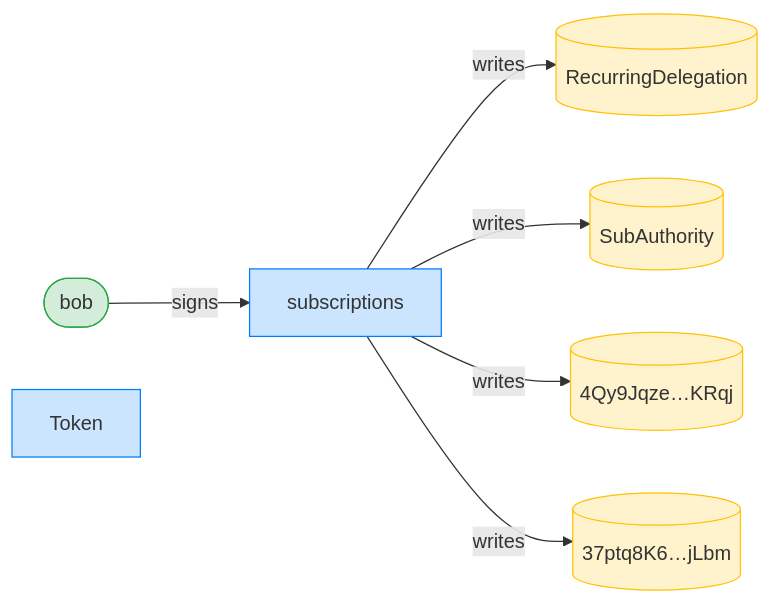
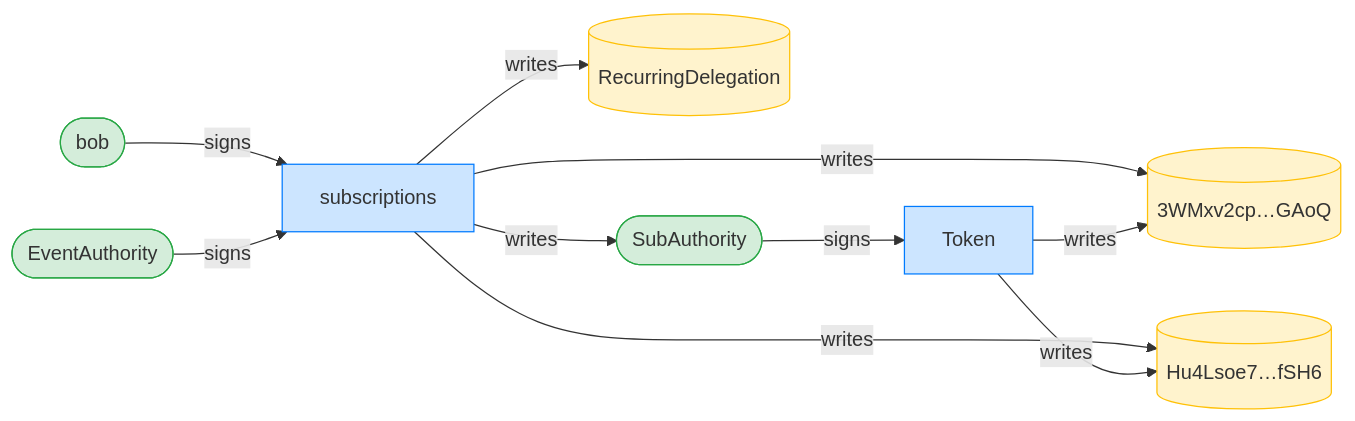
Diagram 11 of 12 in dsl_tests/recurring-transfer-to-a-third-party.md (cds-rs/subscriptions), drawn with Mermaid before and after one commit. The commit also changed other lines of this file and 224 other files, not shown here.

````diff
--- a/dsl_tests/recurring-transfer-to-a-third-party.md
+++ b/dsl_tests/recurring-transfer-to-a-third-party.md
@@ -214,18 +223,23 @@
 ```mermaid
 flowchart LR
     classDef signer fill:#d4edda,stroke:#28a745;
     classDef program fill:#cce5ff,stroke:#007bff;
     classDef writable fill:#fff3cd,stroke:#ffc107;
     subscriptions[subscriptions]:::program
     RecurringDelegation[(RecurringDelegation)]:::writable
-    SubAuthority[(SubAuthority)]:::writable
-    4Qy9Jqze_KRqj[("4Qy9Jqze…KRqj")]:::writable
-    37ptq8K6_jLbm[("37ptq8K6…jLbm")]:::writable
+    SubAuthority([SubAuthority]):::signer
+    3WMxv2cp_GAoQ[("3WMxv2cp…GAoQ")]:::writable
+    Hu4Lsoe7_fSH6[("Hu4Lsoe7…fSH6")]:::writable
     bob([bob]):::signer
     Token[Token]:::program
+    EventAuthority([EventAuthority]):::signer
     bob -->|signs| subscriptions
+    SubAuthority -->|signs| Token
+    EventAuthority -->|signs| subscriptions
     subscriptions -->|writes| RecurringDelegation
     subscriptions -->|writes| SubAuthority
-    subscriptions -->|writes| 4Qy9Jqze_KRqj
-    subscriptions -->|writes| 37ptq8K6_jLbm
+    subscriptions -->|writes| 3WMxv2cp_GAoQ
+    subscriptions -->|writes| Hu4Lsoe7_fSH6
+    Token -->|writes| 3WMxv2cp_GAoQ
+    Token -->|writes| Hu4Lsoe7_fSH6
 ```
````
